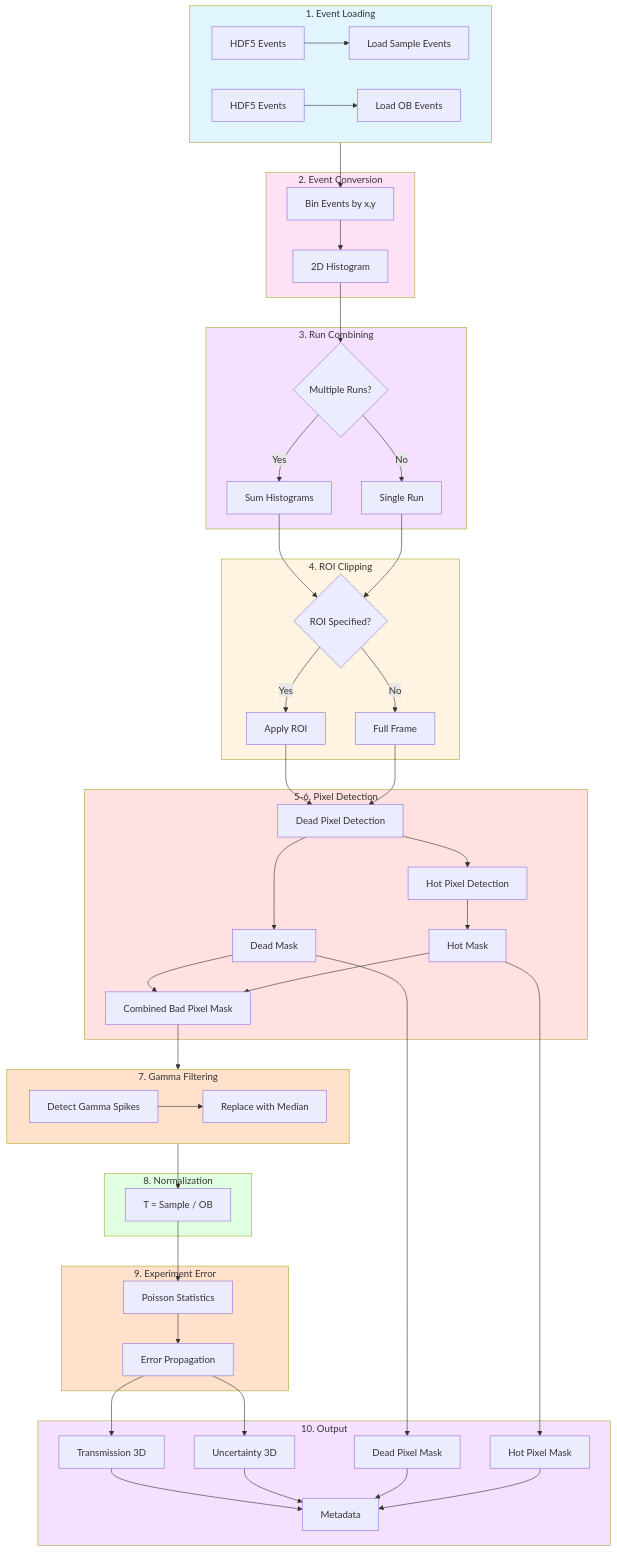
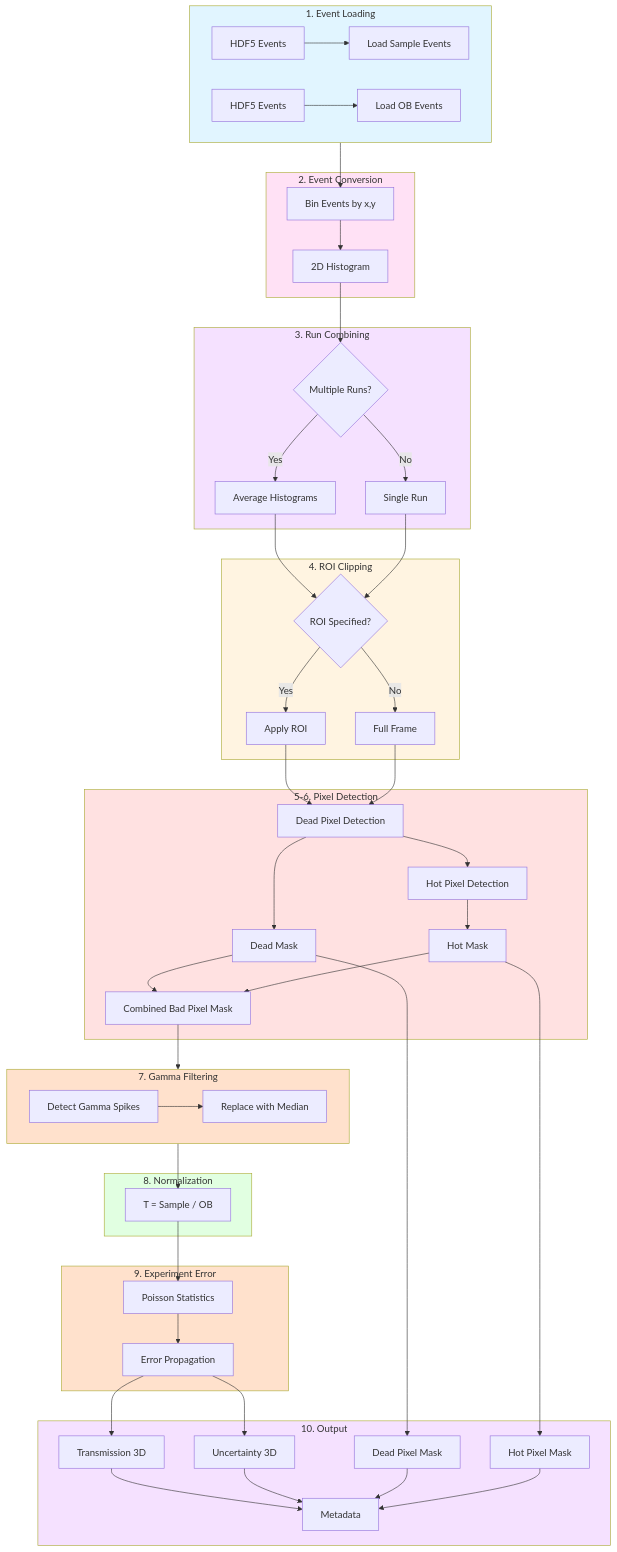
One commit to ornlneutronimaging/NeuNorm changed the diagram in docs/workflows/mars_tpx3.md. Above: the diagram before and after it, drawn with Mermaid. The commit also changed other lines of this file and 4 other files, not shown here.

```diff
--- a/docs/workflows/mars_tpx3.md
+++ b/docs/workflows/mars_tpx3.md
@@ -23,7 +23,7 @@
 
     subgraph RunCombine["3. Run Combining"]
         RC1{Multiple Runs?}
-        RC2[Sum Histograms]
+        RC2[Average Histograms]
         RC3[Single Run]
     end
 
```
